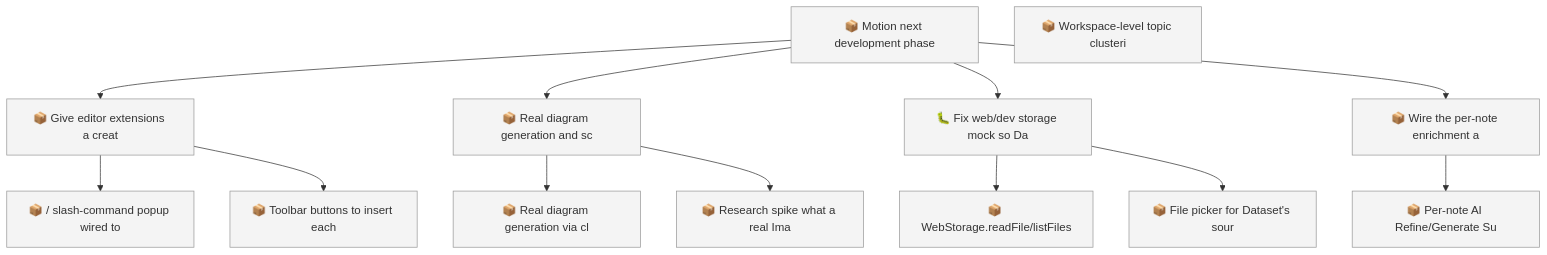
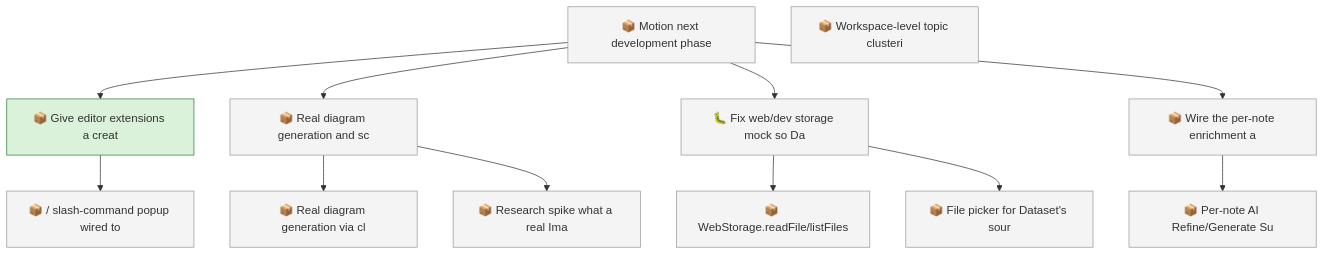
One commit to SpillwaveSolutions/motion changed the first of 2 diagrams in docs/roadmap.md. Above: the diagram before and after it, drawn with Mermaid. The commit also changed other lines of this file and 9 other files, not shown here.

````diff
--- a/docs/roadmap.md
+++ b/docs/roadmap.md
@@ -49,29 +52,29 @@
 ```mermaid
 graph TD
     01KYFZ6RBHA5DRP85QQ0EHTAJ6["📦 Give editor extensions a creat"]
     01KYFZ6RBHABFSC9K9NJ90168Q["📦 Motion next development phase"]
     01KYFZ6RBHBTXGWG8HREAG8AG9["📦 / slash-command popup wired to"]
-    01KYFZ6RBHZQWH62SK631C3H1K["📦 Toolbar buttons to insert each"]
     01KYFZ6RBJ18SB2ZCSFK06BNJ2["📦 WebStorage.readFile/listFiles"]
     01KYFZ6RBJ5718M3GQPAB76RHS["📦 Real diagram generation and sc"]
     01KYFZ6RBJC07FEQ0FT0KQ302M["🐛 Fix web/dev storage mock so Da"]
     01KYFZ6RBJCWMMF7THJZFB6943["📦 Real diagram generation via cl"]
     01KYFZ6RBJEYPZ9RX0F86490TM["📦 Research spike what a real Ima"]
     01KYFZ6RBJT7FG0G30WYS3YF6Q["📦 File picker for Dataset's sour"]
     01KYFZ6RBJV920SFW0MAN9MX9J["📦 Wire the per-note enrichment a"]
     01KYFZ6RBJZNYDT9AK2V0RA11T["📦 Per-note AI Refine/Generate Su"]
     01KYFZ8RGR06XBSG9CH4TEWYJY["📦 Workspace-level topic clusteri"]
     01KYFZ6RBHABFSC9K9NJ90168Q --> 01KYFZ6RBHA5DRP85QQ0EHTAJ6
     01KYFZ6RBHA5DRP85QQ0EHTAJ6 --> 01KYFZ6RBHBTXGWG8HREAG8AG9
-    01KYFZ6RBHA5DRP85QQ0EHTAJ6 --> 01KYFZ6RBHZQWH62SK631C3H1K
     01KYFZ6RBJC07FEQ0FT0KQ302M --> 01KYFZ6RBJ18SB2ZCSFK06BNJ2
     01KYFZ6RBHABFSC9K9NJ90168Q --> 01KYFZ6RBJ5718M3GQPAB76RHS
     01KYFZ6RBHABFSC9K9NJ90168Q --> 01KYFZ6RBJC07FEQ0FT0KQ302M
     01KYFZ6RBJ5718M3GQPAB76RHS --> 01KYFZ6RBJCWMMF7THJZFB6943
     01KYFZ6RBJ5718M3GQPAB76RHS --> 01KYFZ6RBJEYPZ9RX0F86490TM
     01KYFZ6RBJC07FEQ0FT0KQ302M --> 01KYFZ6RBJT7FG0G30WYS3YF6Q
     01KYFZ6RBHABFSC9K9NJ90168Q --> 01KYFZ6RBJV920SFW0MAN9MX9J
     01KYFZ6RBJV920SFW0MAN9MX9J --> 01KYFZ6RBJZNYDT9AK2V0RA11T
     classDef todo fill:#f4f4f4,stroke:#999999
-    class 01KYFZ6RBHA5DRP85QQ0EHTAJ6,01KYFZ6RBHABFSC9K9NJ90168Q,01KYFZ6RBHBTXGWG8HREAG8AG9,01KYFZ6RBHZQWH62SK631C3H1K,01KYFZ6RBJ18SB2ZCSFK06BNJ2,01KYFZ6RBJ5718M3GQPAB76RHS,01KYFZ6RBJC07FEQ0FT0KQ302M,01KYFZ6RBJCWMMF7THJZFB6943,01KYFZ6RBJEYPZ9RX0F86490TM,01KYFZ6RBJT7FG0G30WYS3YF6Q,01KYFZ6RBJV920SFW0MAN9MX9J,01KYFZ6RBJZNYDT9AK2V0RA11T,01KYFZ8RGR06XBSG9CH4TEWYJY todo
+    class 01KYFZ6RBHABFSC9K9NJ90168Q,01KYFZ6RBHBTXGWG8HREAG8AG9,01KYFZ6RBJ18SB2ZCSFK06BNJ2,01KYFZ6RBJ5718M3GQPAB76RHS,01KYFZ6RBJC07FEQ0FT0KQ302M,01KYFZ6RBJCWMMF7THJZFB6943,01KYFZ6RBJEYPZ9RX0F86490TM,01KYFZ6RBJT7FG0G30WYS3YF6Q,01KYFZ6RBJV920SFW0MAN9MX9J,01KYFZ6RBJZNYDT9AK2V0RA11T,01KYFZ8RGR06XBSG9CH4TEWYJY todo
+    classDef in_progress fill:#d9f2d9,stroke:#2e7d32
+    class 01KYFZ6RBHA5DRP85QQ0EHTAJ6 in_progress
 ```
````
